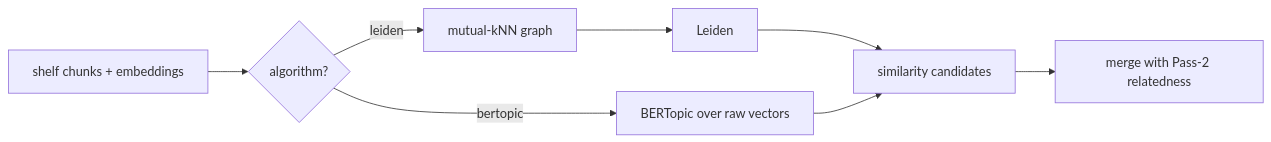
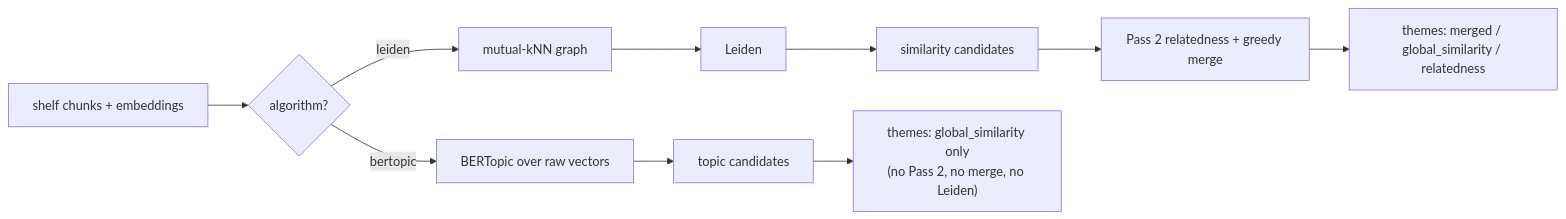
One commit to wisefood/foodscholar-lib changed the second of 4 diagrams in docs/concepts/layer-b-themes.md. Above: the diagram before and after it, drawn with Mermaid. The commit also changed other lines of this file, not shown here.

First line of the commit message:
docs(layer-b): fix concepts page to match single-pass BERTopic + shared scope

````diff
--- a/docs/concepts/layer-b-themes.md
+++ b/docs/concepts/layer-b-themes.md
@@ -139,7 +154,9 @@
 ```{mermaid}
 flowchart LR
     C[shelf chunks + embeddings] --> A{algorithm?}
     A -->|leiden| G[mutual-kNN graph] --> L[Leiden] --> CAND[similarity candidates]
-    A -->|bertopic| B[BERTopic over raw vectors] --> CAND
-    CAND --> MERGE[merge with Pass-2 relatedness]
+    CAND --> MERGE[Pass 2 relatedness + greedy merge]
+    MERGE --> TH1["themes: merged / global_similarity / relatedness"]
+    A -->|bertopic| B[BERTopic over raw vectors] --> BTC[topic candidates]
+    BTC --> TH2["themes: global_similarity only<br/>(no Pass 2, no merge, no Leiden)"]
 ```
````
